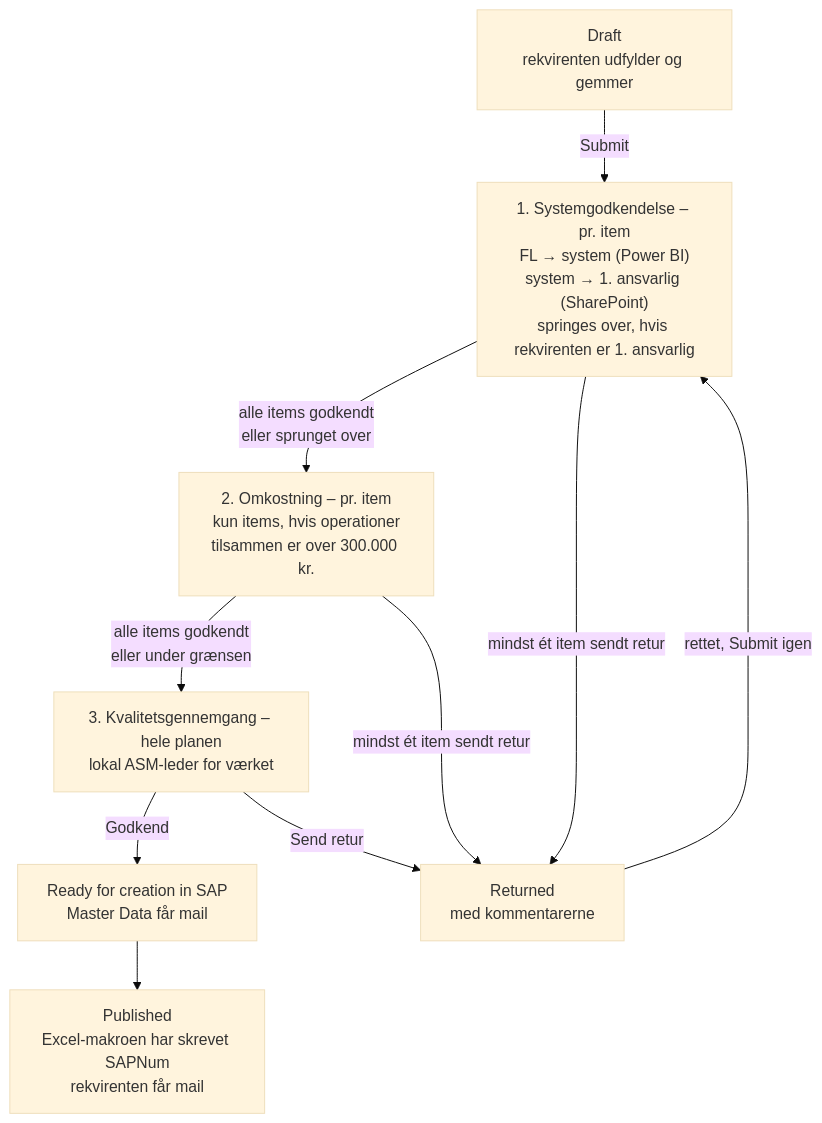
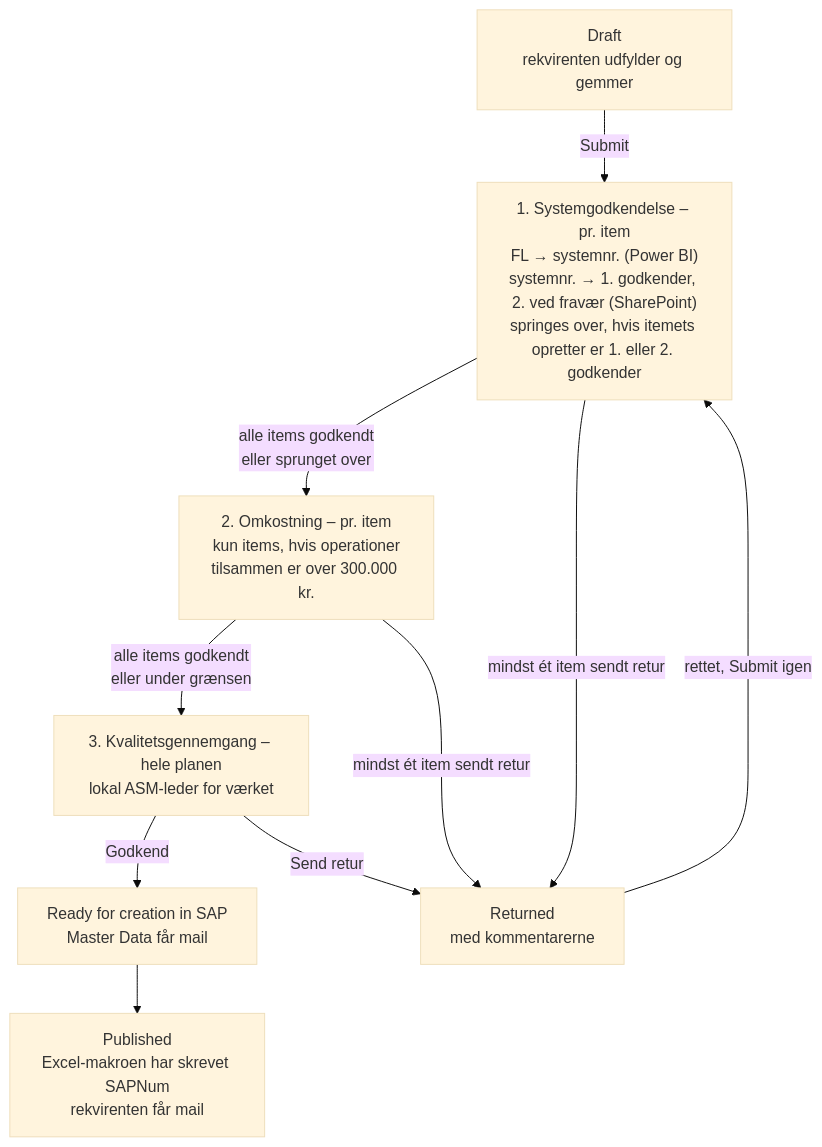
One commit to PeterBjerre/Canvas_apps changed the diagram in docs/32-godkendelsesflow.md. Above: the diagram before and after it, drawn with Mermaid (base theme). The commit also changed other lines of this file, not shown here.

First line of the commit message:
Godkendelsesflow: rigtig Power BI-model, godkendertabel og mailflows

````diff
--- a/docs/32-godkendelsesflow.md
+++ b/docs/32-godkendelsesflow.md
@@ -52,20 +55,20 @@
 ```mermaid
 flowchart TD
   D["Draft<br/>rekvirenten udfylder og gemmer"]
-  S["1. Systemgodkendelse – pr. item<br/>FL → system (Power BI)<br/>system → 1. ansvarlig (SharePoint)<br/>springes over, hvis rekvirenten er 1. ansvarlig"]
+  S["1. Systemgodkendelse – pr. item<br/>FL → systemnr. (Power BI)<br/>systemnr. → 1. godkender, 2. ved fravær (SharePoint)<br/>springes over, hvis itemets opretter er 1. eller 2. godkender"]
   C["2. Omkostning – pr. item<br/>kun items, hvis operationer<br/>tilsammen er over 300.000 kr."]
   Q["3. Kvalitetsgennemgang – hele planen<br/>lokal ASM-leder for værket"]
   RT["Returned<br/>med kommentarerne"]
   RS["Ready for creation in SAP<br/>Master Data får mail"]
   PB["Published<br/>Excel-makroen har skrevet SAPNum<br/>rekvirenten får mail"]
 
   D -- "Submit" --> S
   S -- "alle items godkendt<br/>eller sprunget over" --> C
   C -- "alle items godkendt<br/>eller under grænsen" --> Q
   Q -- "Godkend" --> RS
   RS --> PB
   S -- "mindst ét item sendt retur" --> RT
   C -- "mindst ét item sendt retur" --> RT
   Q -- "Send retur" --> RT
   RT -- "rettet, Submit igen" --> S
 ```
````
